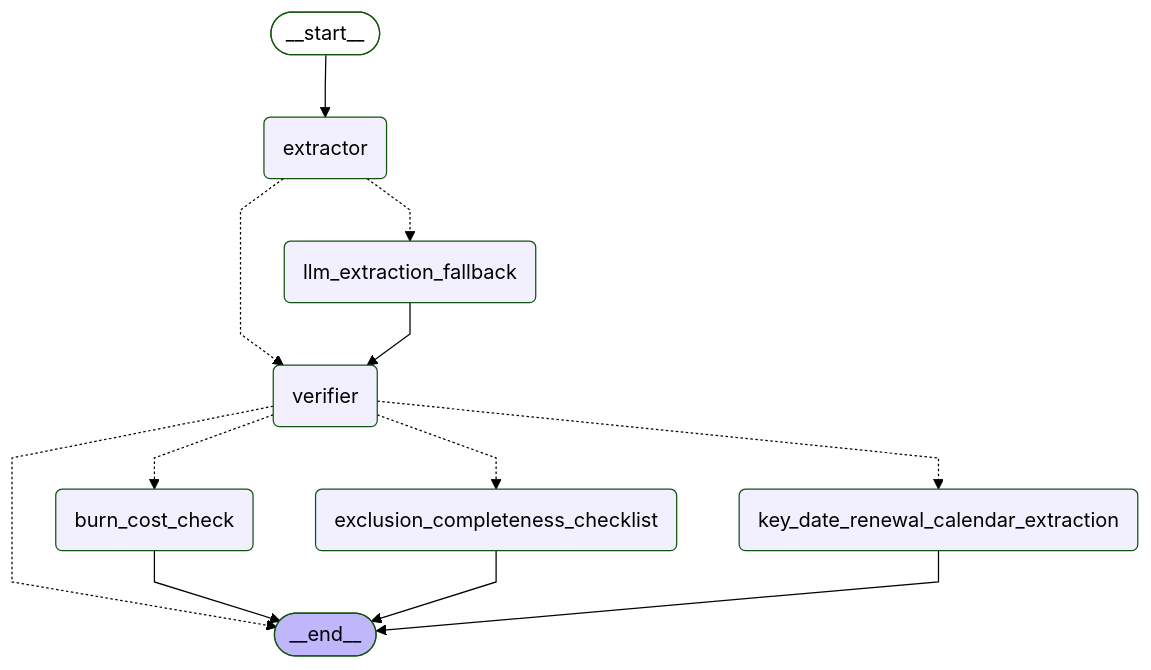
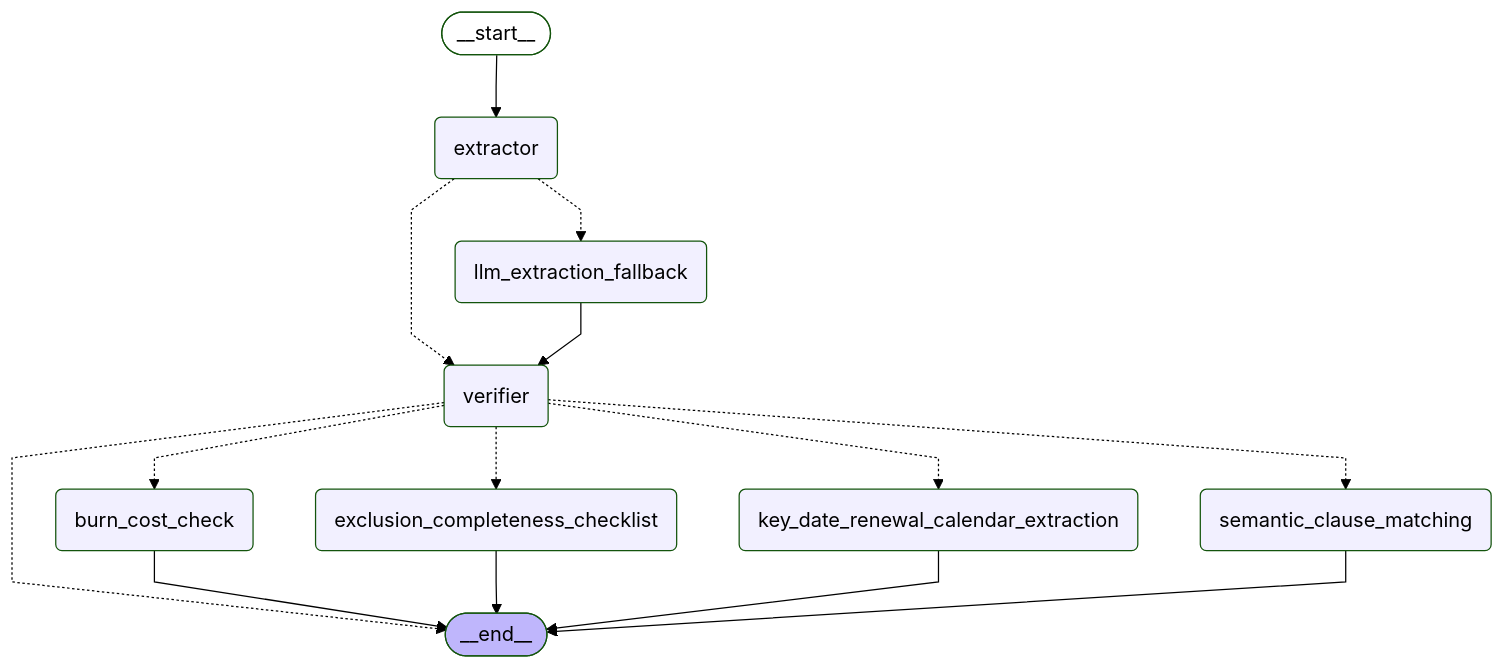
Before and after one commit to iva2020dev/reinsurance-treaty-agent: the second of 2 diagrams in README.md, drawn with Mermaid (forest theme). The commit also changed 7 other files, not shown here.

First line of the commit message:
Implement semantic compliance/clause matching (B6) (#116)

````diff
--- a/README.md
+++ b/README.md
@@ -82,30 +82,33 @@
 ```mermaid
 ---
 config:
   flowchart:
     curve: linear
 ---
 graph TD;
 	__start__([<p>__start__</p>]):::first
 	extractor(extractor)
 	llm_extraction_fallback(llm_extraction_fallback)
 	verifier(verifier)
 	burn_cost_check(burn_cost_check)
 	exclusion_completeness_checklist(exclusion_completeness_checklist)
 	key_date_renewal_calendar_extraction(key_date_renewal_calendar_extraction)
+	semantic_clause_matching(semantic_clause_matching)
 	__end__([<p>__end__</p>]):::last
 	__start__ --> extractor;
 	extractor -.-> llm_extraction_fallback;
 	extractor -.-> verifier;
 	llm_extraction_fallback --> verifier;
 	verifier -.-> __end__;
 	verifier -.-> burn_cost_check;
 	verifier -.-> exclusion_completeness_checklist;
 	verifier -.-> key_date_renewal_calendar_extraction;
+	verifier -.-> semantic_clause_matching;
 	burn_cost_check --> __end__;
 	exclusion_completeness_checklist --> __end__;
 	key_date_renewal_calendar_extraction --> __end__;
+	semantic_clause_matching --> __end__;
 	classDef default fill:#f2f0ff,line-height:1.2
 	classDef first fill-opacity:0
 	classDef last fill:#bfb6fc
 ```
````
